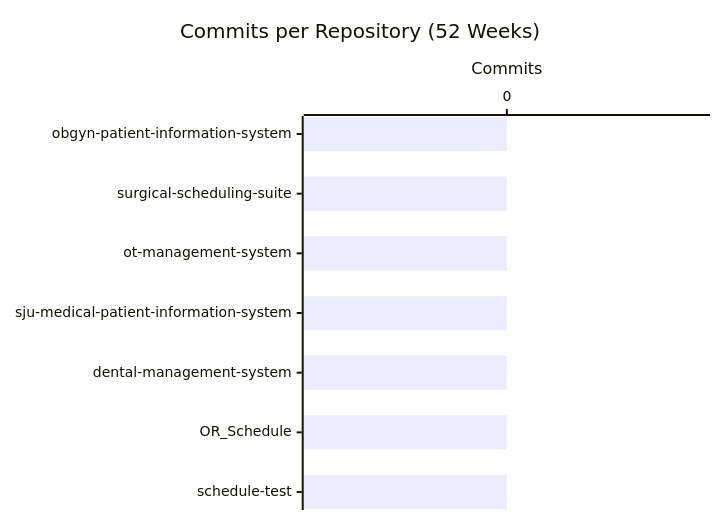
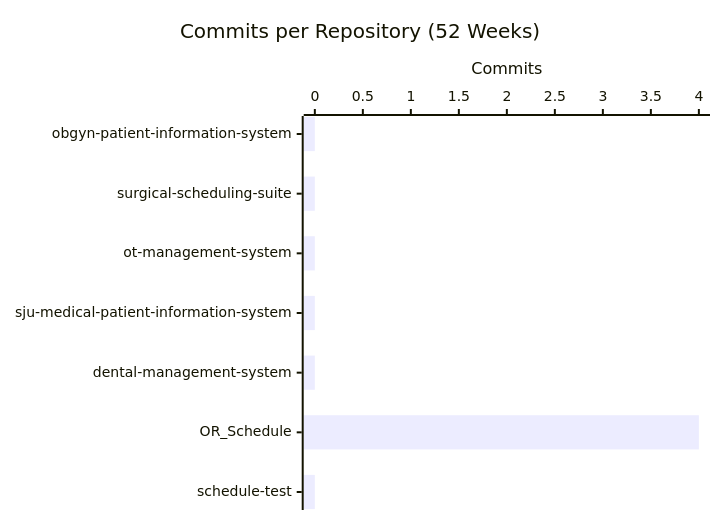
One commit to CSTH-Projects/.github changed the second of 4 diagrams in profile/README.md. Above: the diagram before and after it, drawn with Mermaid. The commit also changed other lines of this file, not shown here.

````diff
--- a/profile/README.md
+++ b/profile/README.md
@@ -25,7 +25,7 @@
 ```mermaid
 xychart-beta horizontal
     title "Commits per Repository (52 Weeks)"
     x-axis ["obgyn-patient-information-system", "surgical-scheduling-suite", "ot-management-system", "sju-medical-patient-information-system", "dental-management-system", "OR_Schedule", "schedule-test"]
     y-axis "Commits"
-    bar [0, 0, 0, 0, 0, 0, 0]
+    bar [0, 0, 0, 0, 0, 4, 0]
 ```
````
